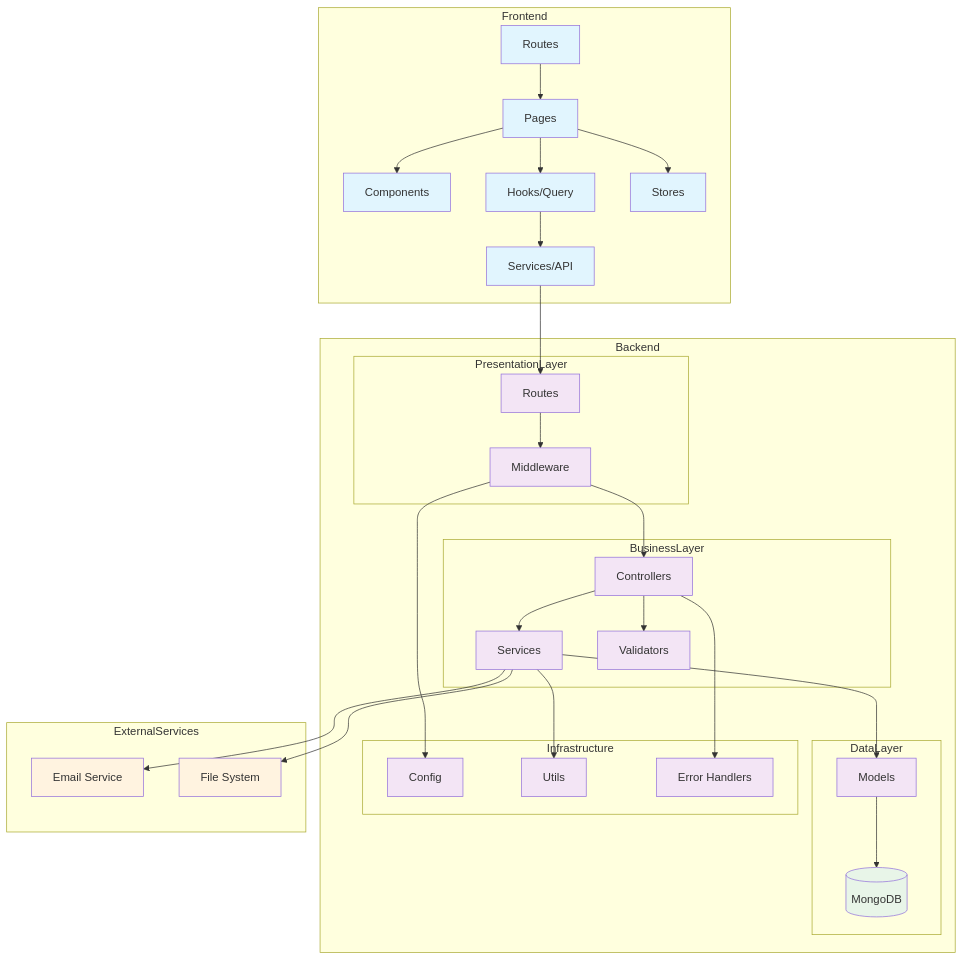
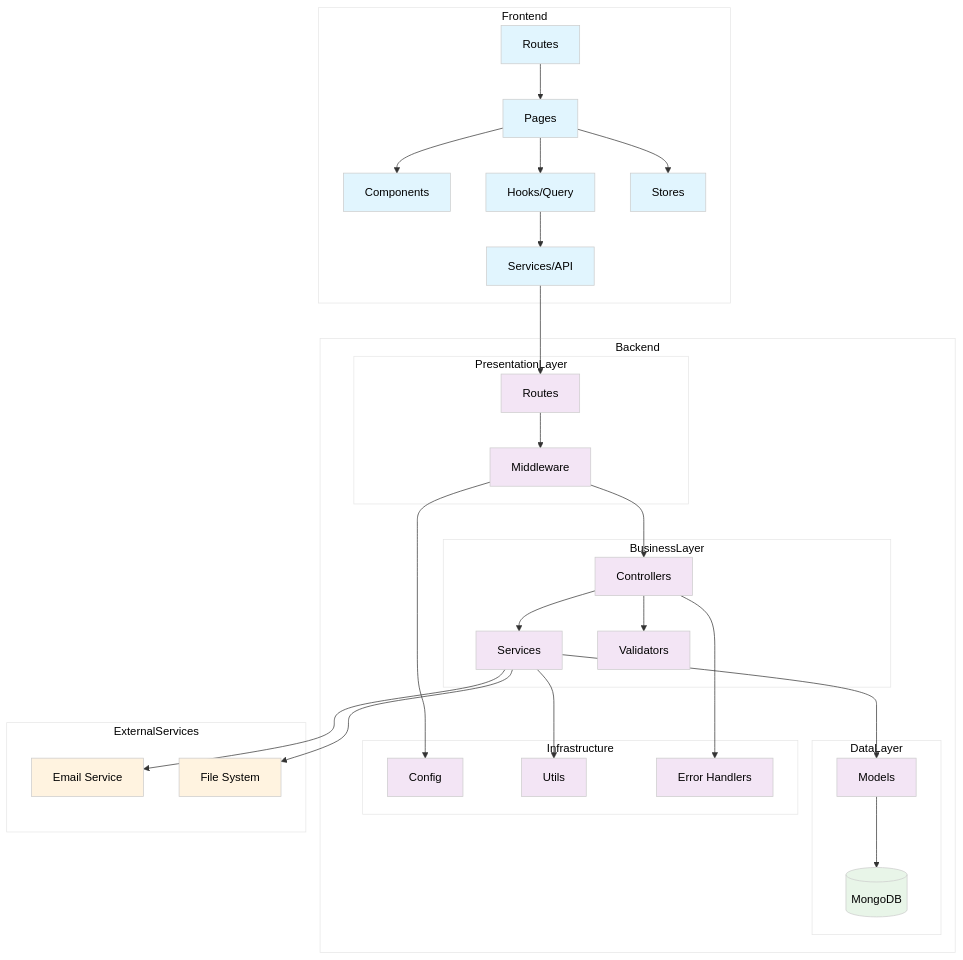
Before and after one commit to RaviHector/biblioteca-digital: the third of 3 diagrams in DIAGRAMAS_UML.md, drawn with Mermaid. The commit also changed other lines of this file and 1 other file, not shown here.

````diff
--- a/DIAGRAMAS_UML.md
+++ b/DIAGRAMAS_UML.md
@@ -239,77 +241,78 @@
 ```mermaid
+%%{init: {'theme':'base', 'themeVariables': {'background': '#ffffff', 'primaryColor': '#f9f9f9', 'primaryTextColor': '#000000', 'primaryBorderColor': '#cccccc', 'lineColor': '#333333'}}}%%
 graph TD
     subgraph "Frontend"
         FP[Pages]
         FC[Components]
         FH[Hooks/Query]
         FS[Services/API]
         FST[Stores]
         FR[Routes]
         
         FP --> FC
         FP --> FH
         FH --> FS
         FP --> FST
         FR --> FP
     end
     
     subgraph "Backend"
         subgraph "PresentationLayer"
             R[Routes]
             MW[Middleware]
         end
         
         subgraph "BusinessLayer"
             CT[Controllers]
             SV[Services]
             VAL[Validators]
         end
         
         subgraph "DataLayer"
             M[Models]
             DB[(MongoDB)]
         end
         
         subgraph "Infrastructure"
             CFG[Config]
             UT[Utils]
             ERR[Error Handlers]
         end
     end
     
     subgraph "ExternalServices"
         EMAIL[Email Service]
         FS_STORAGE[File System]
     end
     
     %% Frontend to Backend
     FS --> R
     
     %% Backend Flow
     R --> MW
     MW --> CT
     CT --> VAL
     CT --> SV
     SV --> M
     M --> DB
     
     %% Infrastructure connections
     CT --> ERR
     SV --> UT
     MW --> CFG
     
     %% External connections
     SV --> EMAIL
     SV --> FS_STORAGE
     
     %% Styling
     classDef frontend fill:#e1f5fe
     classDef backend fill:#f3e5f5
     classDef database fill:#e8f5e8
     classDef external fill:#fff3e0
     
     class FP,FC,FH,FS,FST,FR frontend
     class R,MW,CT,SV,VAL,M,CFG,UT,ERR backend
     class DB database
     class EMAIL,FS_STORAGE external
 ```
````
